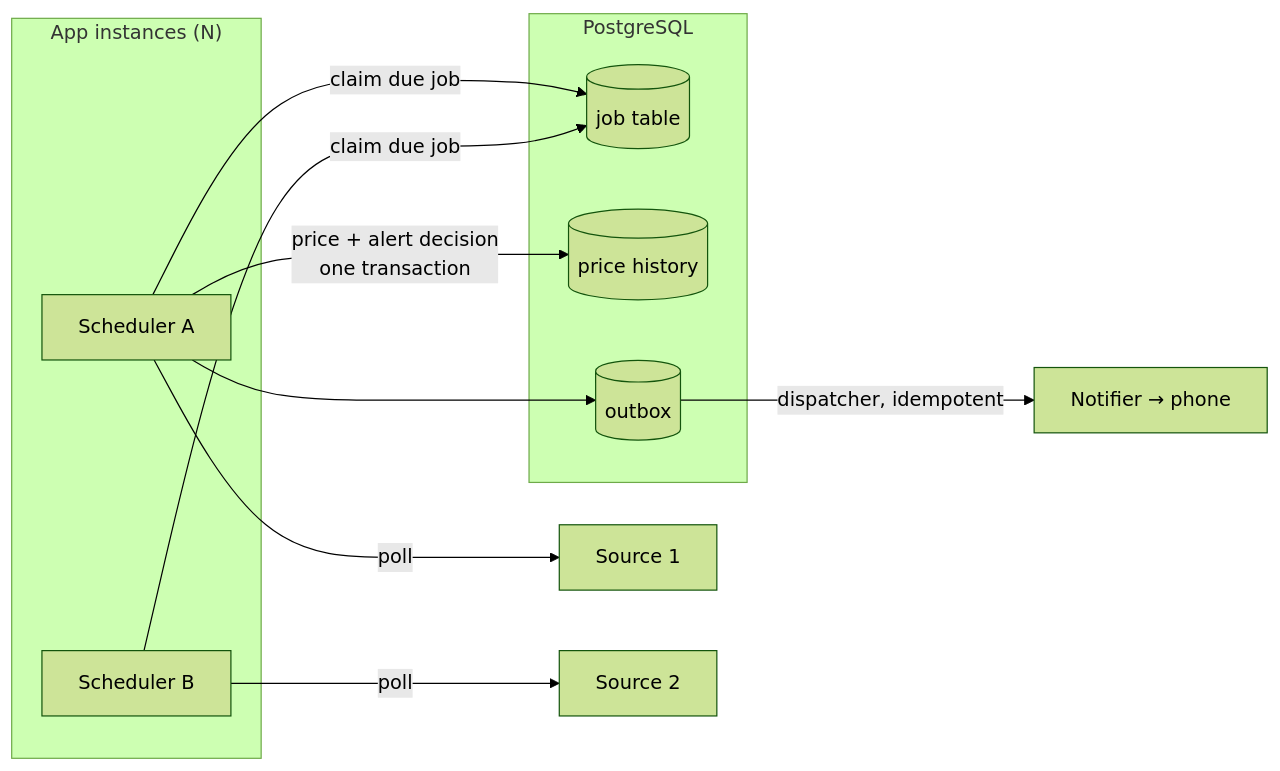
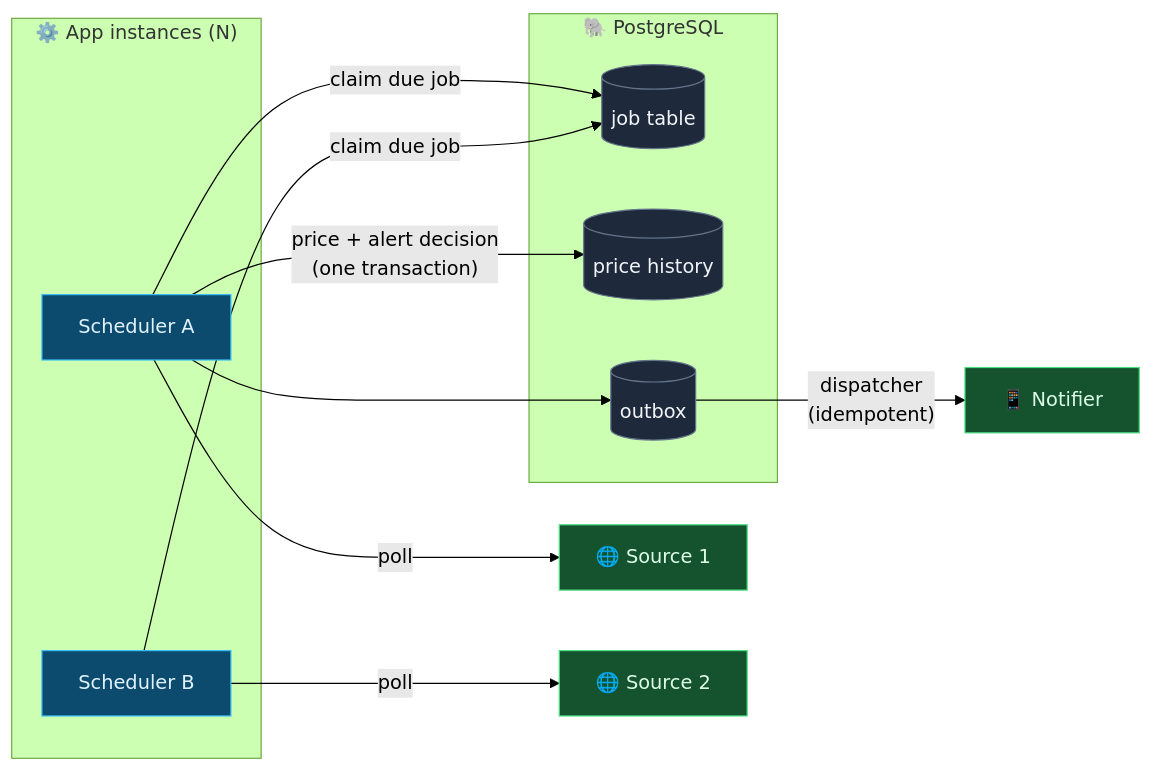
Before and after one commit to MC-161/priceWatch: the first of 6 diagrams in README.md, drawn with Mermaid (forest theme). The commit also changed other lines of this file and 2 other files, not shown here.

````diff
--- a/README.md
+++ b/README.md
@@ -39,25 +128,32 @@
 ```mermaid
 flowchart LR
-    subgraph Instances["App instances (N)"]
-        A1[Scheduler A]
-        A2[Scheduler B]
+    subgraph Instances["⚙️ App instances (N)"]
+        A1["Scheduler A"]
+        A2["Scheduler B"]
     end
 
-    subgraph PG["PostgreSQL"]
-        J[(job table)]
-        P[(price history)]
-        O[(outbox)]
+    subgraph PG["🐘 PostgreSQL"]
+        J[("job table")]
+        P[("price history")]
+        O[("outbox")]
     end
 
-    S1[Source 1]
-    S2[Source 2]
-    N[Notifier → phone]
+    S1["🌐 Source 1"]
+    S2["🌐 Source 2"]
+    N["📱 Notifier"]
 
-    A1 -- claim due job --> J
-    A2 -- claim due job --> J
+    A1 -- "claim due job" --> J
+    A2 -- "claim due job" --> J
     A1 -- poll --> S1
     A2 -- poll --> S2
-    A1 -- price + alert decision<br/>one transaction --> P
+    A1 -- "price + alert decision<br/>(one transaction)" --> P
     A1 --> O
-    O -- dispatcher, idempotent --> N
+    O -- "dispatcher<br/>(idempotent)" --> N
+
+    classDef inst fill:#0c4a6e,stroke:#38bdf8,color:#e0f2fe
+    classDef db fill:#1e293b,stroke:#64748b,color:#f1f5f9
+    classDef ext fill:#14532d,stroke:#4ade80,color:#dcfce7
+    class A1,A2 inst
+    class J,P,O db
+    class S1,S2,N ext
 ```
````
